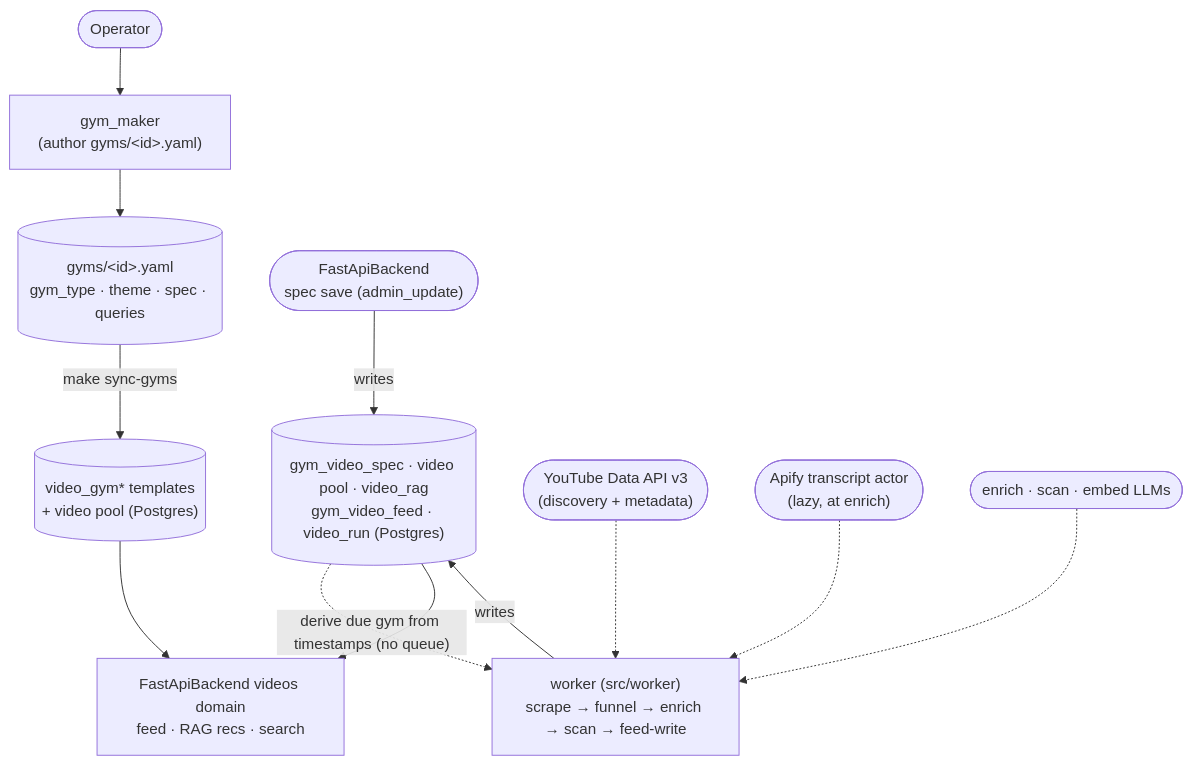
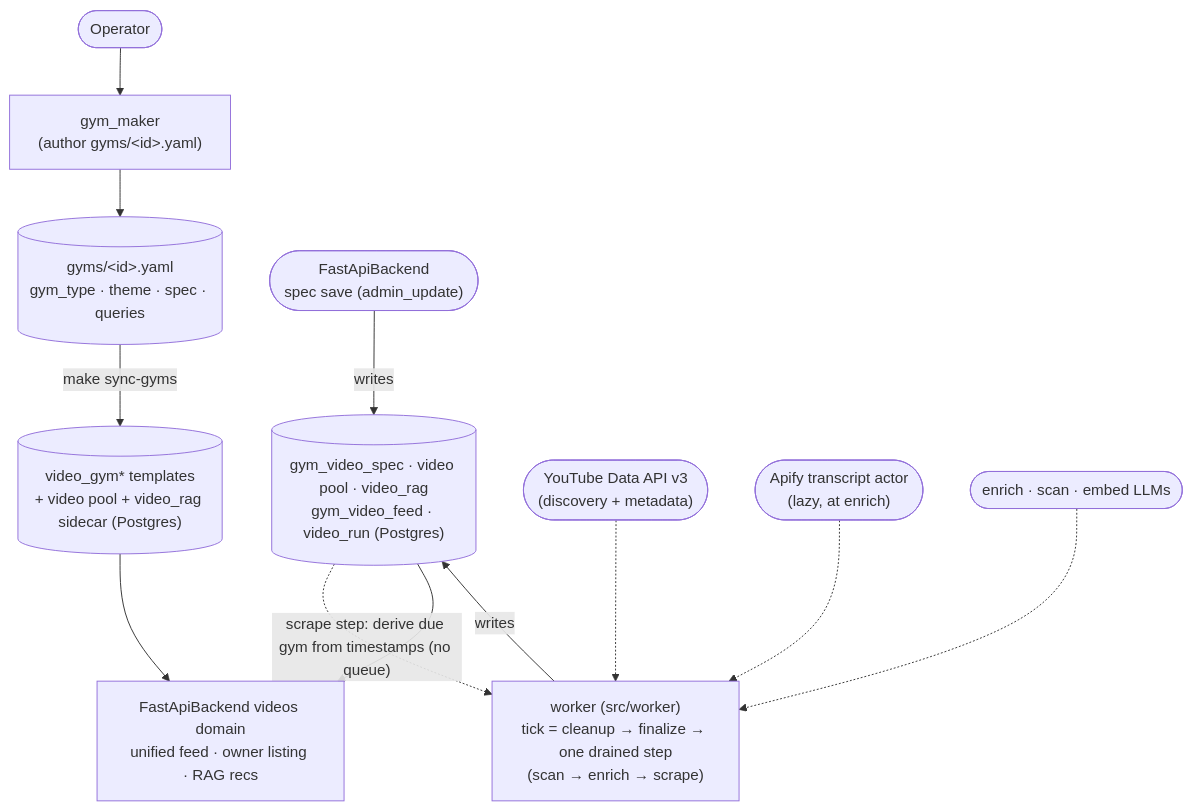
One commit to jesse51002/CombatDen changed the diagram in VideoService/README.md. Above: the diagram before and after it, drawn with Mermaid. The commit also changed other lines of this file and 45 other files, not shown here.

First line of the commit message:
VideoService: decoupled self-healing worker steps + template video_rag pre-population

````diff
--- a/VideoService/README.md
+++ b/VideoService/README.md
@@ -86,17 +86,17 @@
 ```mermaid
 flowchart TD
     human(["Operator"]) --> maker["gym_maker<br/>(author gyms/&lt;id&gt;.yaml)"]
     maker --> gym[("gyms/&lt;id&gt;.yaml<br/>gym_type · theme · spec · queries")]
-    gym -->|make sync-gyms| tmpl[("video_gym* templates<br/>+ video pool (Postgres)")]
+    gym -->|make sync-gyms| tmpl[("video_gym* templates<br/>+ video pool + video_rag sidecar (Postgres)")]
 
     backend(["FastApiBackend<br/>spec save (admin_update)"]) -->|writes| real[("gym_video_spec · video pool · video_rag<br/>gym_video_feed · video_run (Postgres)")]
-    real -.->|"derive due gym from timestamps (no queue)"| worker["worker (src/worker)<br/>scrape → funnel → enrich → scan → feed-write"]
+    real -.->|"scrape step: derive due gym from timestamps (no queue)"| worker["worker (src/worker)<br/>tick = cleanup → finalize → one drained step<br/>(scan → enrich → scrape)"]
     youtube(["YouTube Data API v3<br/>(discovery + metadata)"]) -.-> worker
     apify(["Apify transcript actor<br/>(lazy, at enrich)"]) -.-> worker
     llm(["enrich · scan · embed LLMs"]) -.-> worker
     worker -->|writes| real
 
-    fb["FastApiBackend videos domain<br/>feed · RAG recs · search"]
+    fb["FastApiBackend videos domain<br/>unified feed · owner listing · RAG recs"]
     tmpl --> fb
     real --> fb
 ```
````
